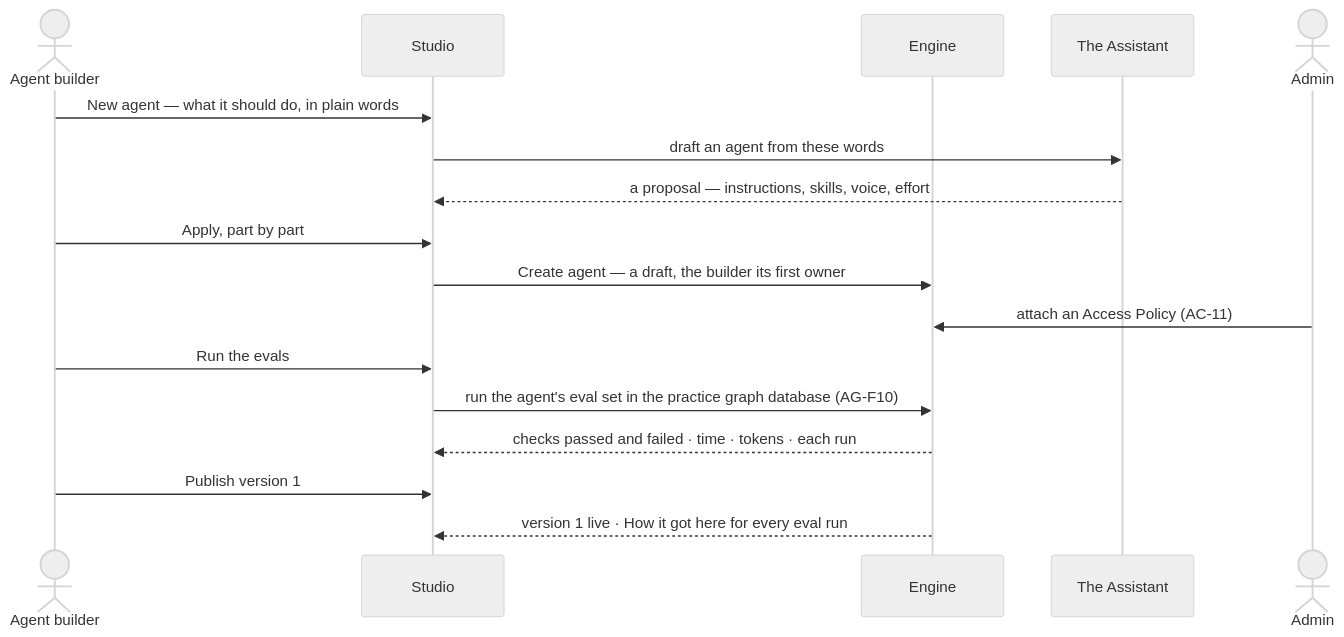
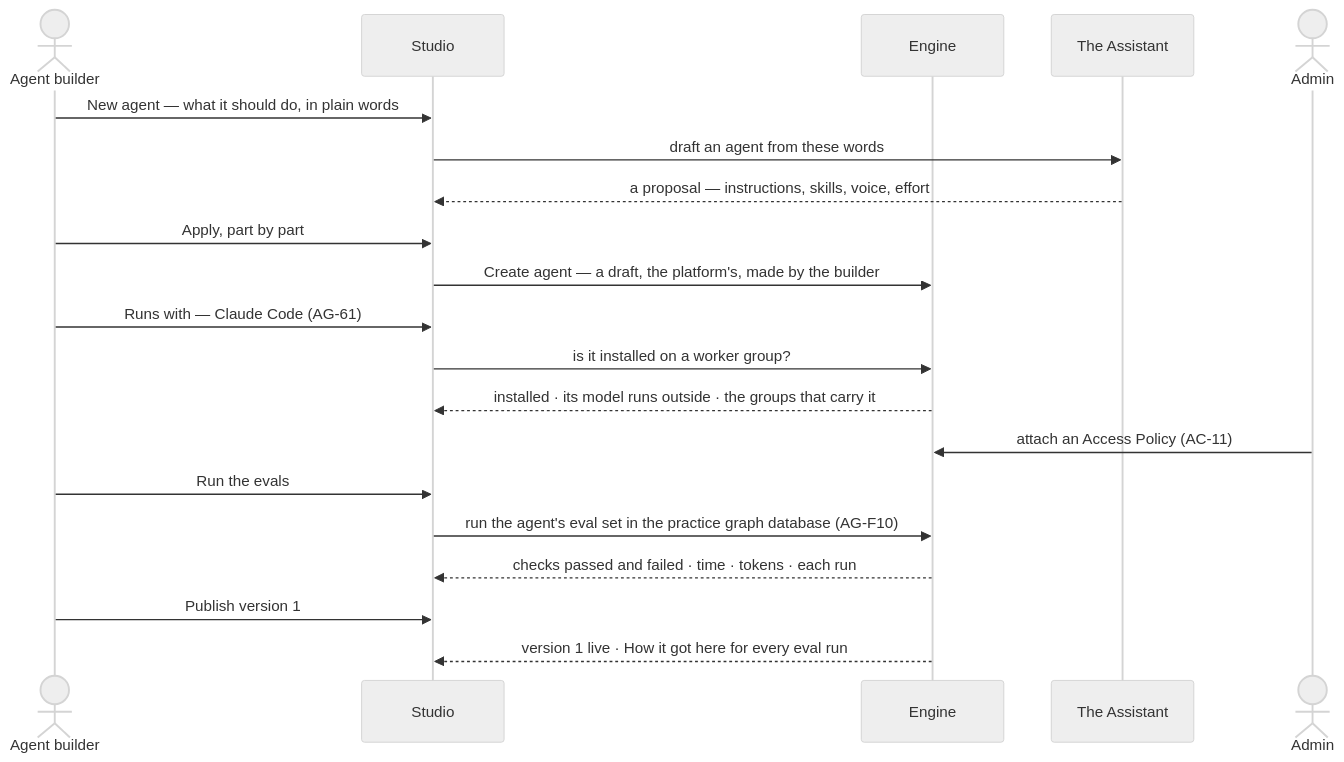
The second of 2 diagrams in specs/capabilities/agents/features/AG-F01-build-an-agent/feature.md (invana/invana), drawn with Mermaid (neutral theme) before and after one commit. The commit also changed other lines of this file and 300 other files, not shown here.

````diff
--- a/specs/capabilities/agents/features/AG-F01-build-an-agent/feature.md
+++ b/specs/capabilities/agents/features/AG-F01-build-an-agent/feature.md
@@ -59,19 +63,22 @@
 ```mermaid
 sequenceDiagram
   actor B as Agent builder
   participant S as Studio
   participant E as Engine
   participant A as The Assistant
   actor AD as Admin
   B->>S: New agent — what it should do, in plain words
   S->>A: draft an agent from these words
   A-->>S: a proposal — instructions, skills, voice, effort
   B->>S: Apply, part by part
-  S->>E: Create agent — a draft, the builder its first owner
+  S->>E: Create agent — a draft, the platform's, made by the builder
+  B->>S: Runs with — Claude Code (AG-61)
+  S->>E: is it installed on a worker group?
+  E-->>S: installed · its model runs outside · the groups that carry it
   AD->>E: attach an Access Policy (AC-11)
   B->>S: Run the evals
   S->>E: run the agent's eval set in the practice graph database (AG-F10)
   E-->>S: checks passed and failed · time · tokens · each run
   B->>S: Publish version 1
   E-->>S: version 1 live · How it got here for every eval run
 ```
````
